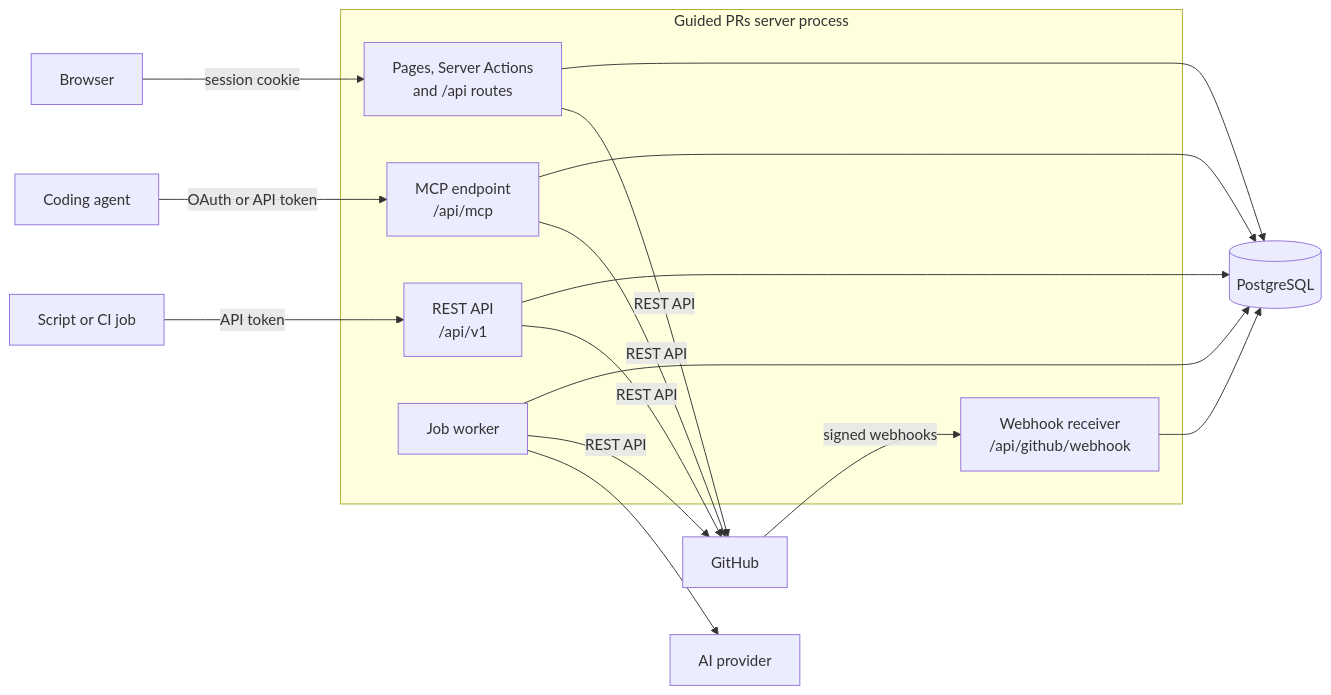
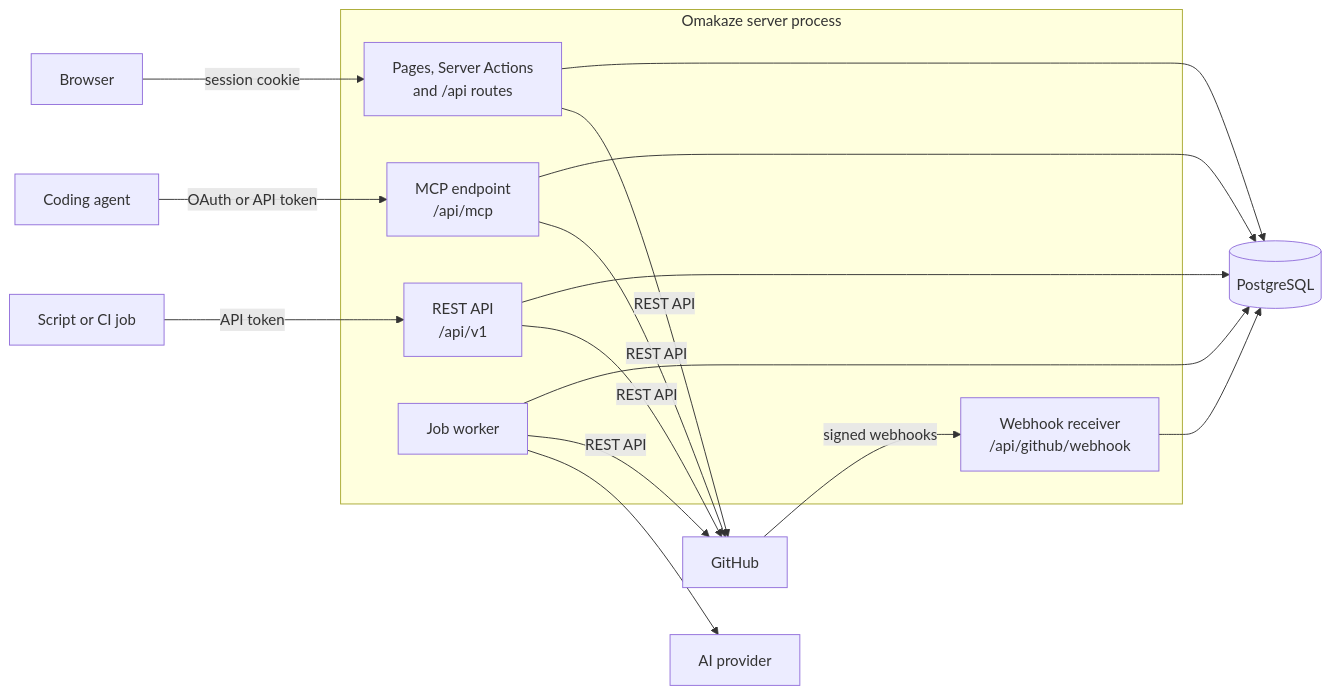
Before and after one commit to tom-byrn/Omakaze: the first of 3 diagrams in docs/architecture.md, drawn with Mermaid. The commit also changed other lines of this file and 68 other files, not shown here.

````diff
--- a/docs/architecture.md
+++ b/docs/architecture.md
@@ -22,32 +22,32 @@
 ```mermaid
 flowchart LR
   browser[Browser]
   agent[Coding agent]
   script[Script or CI job]
   github[GitHub]
   ai[AI provider]
   db[(PostgreSQL)]
 
-  subgraph app[Guided PRs server process]
+  subgraph app[Omakaze server process]
     web[Pages, Server Actions<br/>and /api routes]
     mcp[MCP endpoint<br/>/api/mcp]
     api[REST API<br/>/api/v1]
     hook[Webhook receiver<br/>/api/github/webhook]
     worker[Job worker]
   end
 
   browser -- session cookie --> web
   agent -- OAuth or API token --> mcp
   script -- API token --> api
   github -- signed webhooks --> hook
   web --> db
   mcp --> db
   api --> db
   hook --> db
   worker --> db
   web -- REST API --> github
   mcp -- REST API --> github
   api -- REST API --> github
   worker -- REST API --> github
   worker --> ai
 ```
````
